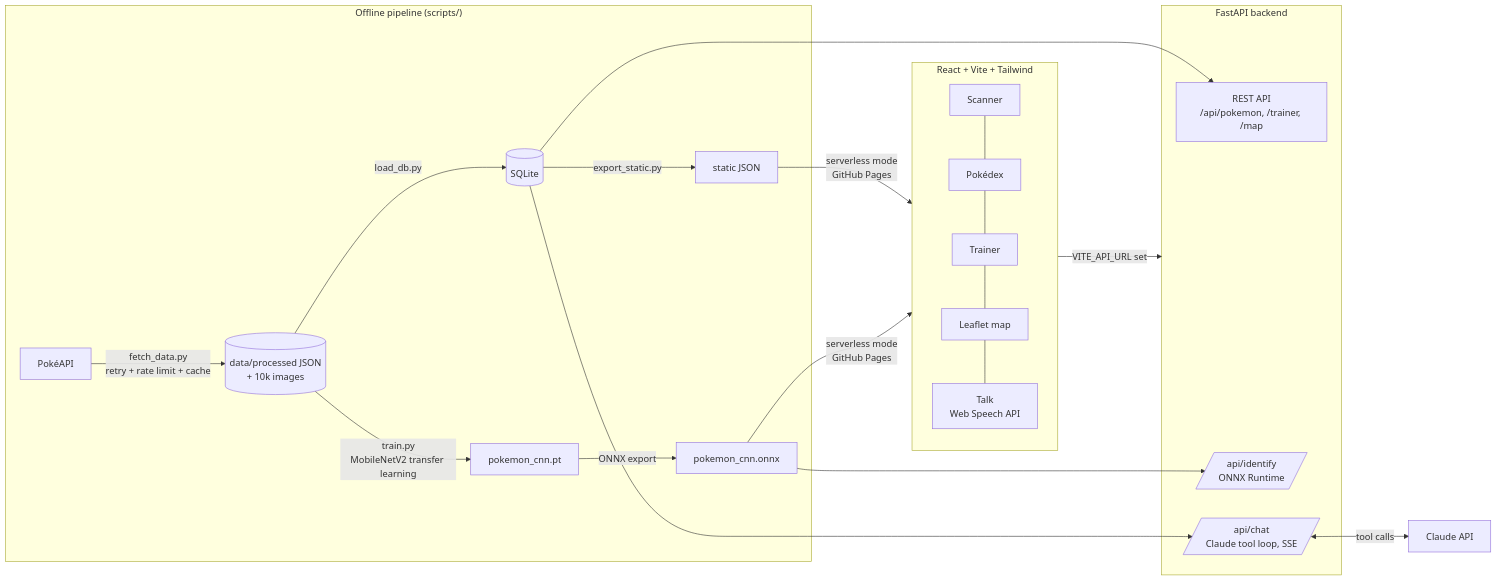
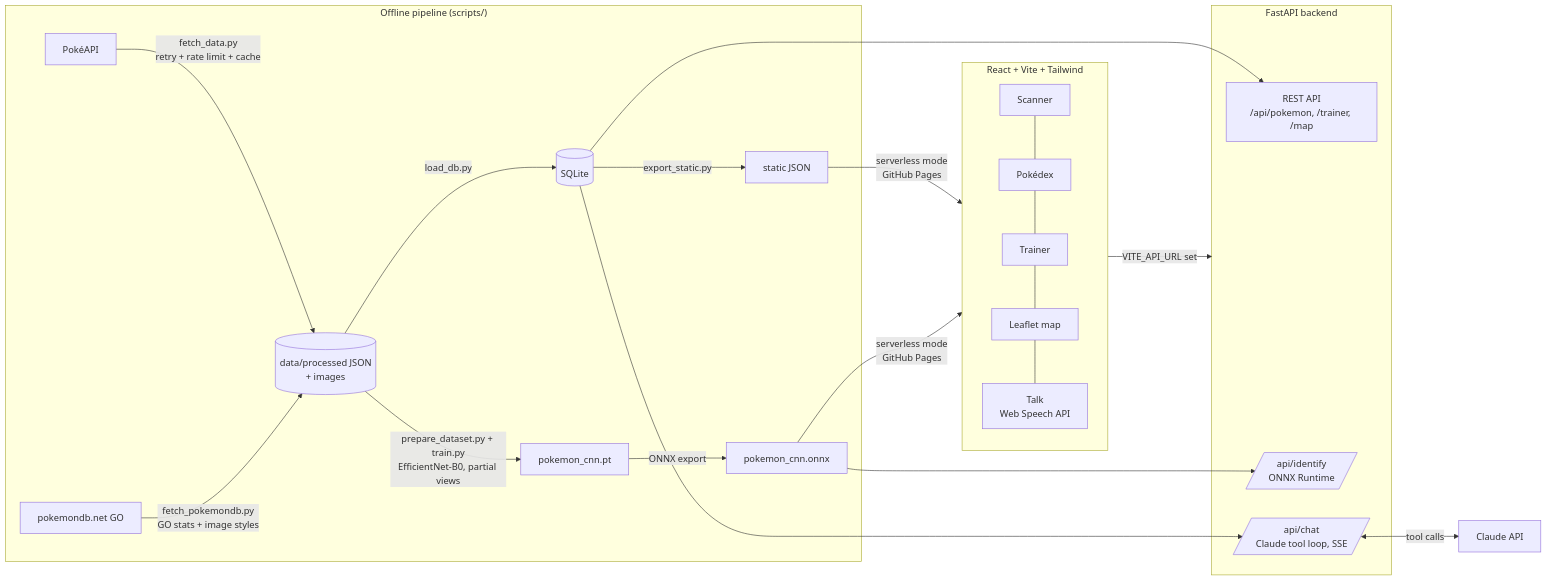
The diagram in README.md (Saipavanavsp/poketect), drawn with Mermaid before and after one commit. The commit also changed other lines of this file and 1052 other files, not shown here.

First line of the commit message:
Add pokemondb.net GO data + images, partial-view training (97.6% top-1 at 30% visible)

````diff
--- a/README.md
+++ b/README.md
@@ -46,26 +46,27 @@
 ```mermaid
 flowchart LR
     subgraph Offline["Offline pipeline (scripts/)"]
-        A[PokéAPI] -->|fetch_data.py<br/>retry + rate limit + cache| B[(data/processed JSON<br/>+ 10k images)]
+        A[PokéAPI] -->|fetch_data.py<br/>retry + rate limit + cache| B[(data/processed JSON<br/>+ images)]
+        P[pokemondb.net GO] -->|fetch_pokemondb.py<br/>GO stats + image styles| B
         B -->|load_db.py| C[(SQLite)]
-        B -->|train.py<br/>MobileNetV2 transfer learning| D[pokemon_cnn.pt]
+        B -->|prepare_dataset.py + train.py<br/>EfficientNet-B0, partial views| D[pokemon_cnn.pt]
         D -->|ONNX export| E[pokemon_cnn.onnx]
         C -->|export_static.py| F[static JSON]
     end
 
     subgraph Backend["FastAPI backend"]
         G[REST API<br/>/api/pokemon, /trainer, /map]
         H[/api/identify<br/>ONNX Runtime/]
         I[/api/chat<br/>Claude tool loop, SSE/]
     end
 
     subgraph Frontend["React + Vite + Tailwind"]
         J[Scanner] --- K[Pokédex] --- L[Trainer] --- M[Leaflet map] --- N[Talk<br/>Web Speech API]
     end
 
     C --> G & I
     E --> H
     I <-->|tool calls| O[Claude API]
     Frontend -->|VITE_API_URL set| Backend
     F & E -->|serverless mode<br/>GitHub Pages| Frontend
 ```
````
